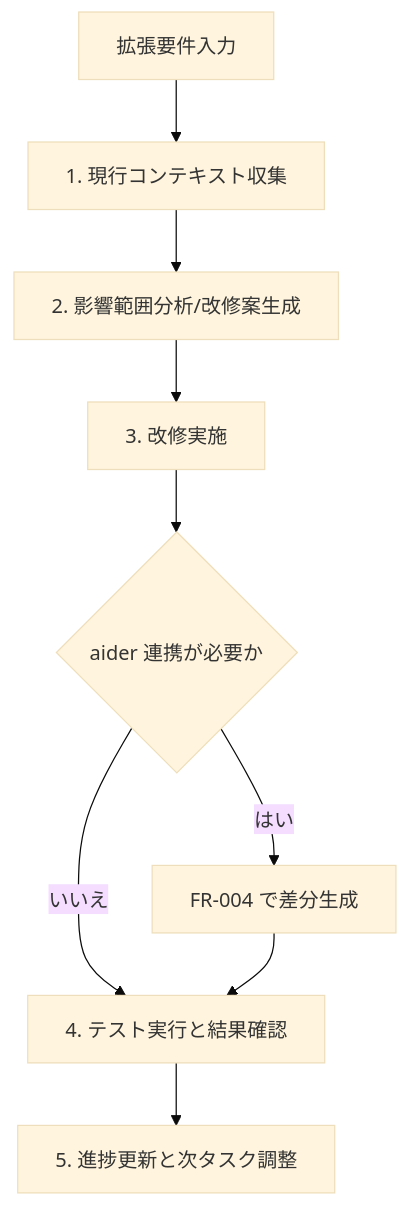
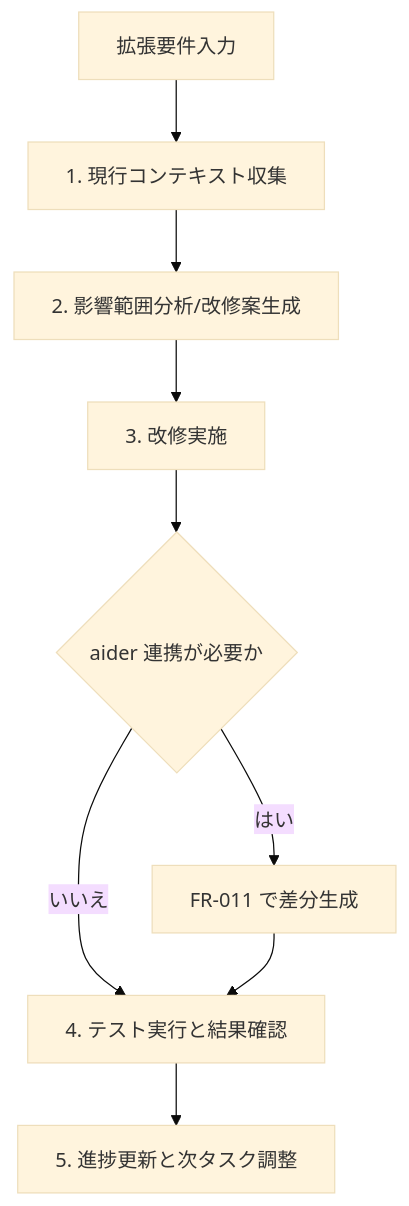
The second of 17 diagrams in _document/002.要件定義フェーズ/001.要件定義/001-01.機能要件定義書.md (BossApe/lo-vibe), drawn with Mermaid (base theme) before and after one commit. The commit also changed other lines of this file and 3 other files, not shown here.

````diff
--- a/_document/002.要件定義フェーズ/001.要件定義/001-01.機能要件定義書.md
+++ b/_document/002.要件定義フェーズ/001.要件定義/001-01.機能要件定義書.md
@@ -104,11 +104,11 @@
 ```mermaid
 flowchart TD
     A[拡張要件入力] --> B[1. 現行コンテキスト収集]
     B --> C[2. 影響範囲分析/改修案生成]
     C --> D[3. 改修実施]
     D --> E{aider 連携が必要か}
-    E -- はい --> F[FR-004 で差分生成]
+    E -- はい --> F[FR-011 で差分生成]
     E -- いいえ --> G[4. テスト実行と結果確認]
     F --> G
     G --> H[5. 進捗更新と次タスク調整]
 ```
````
